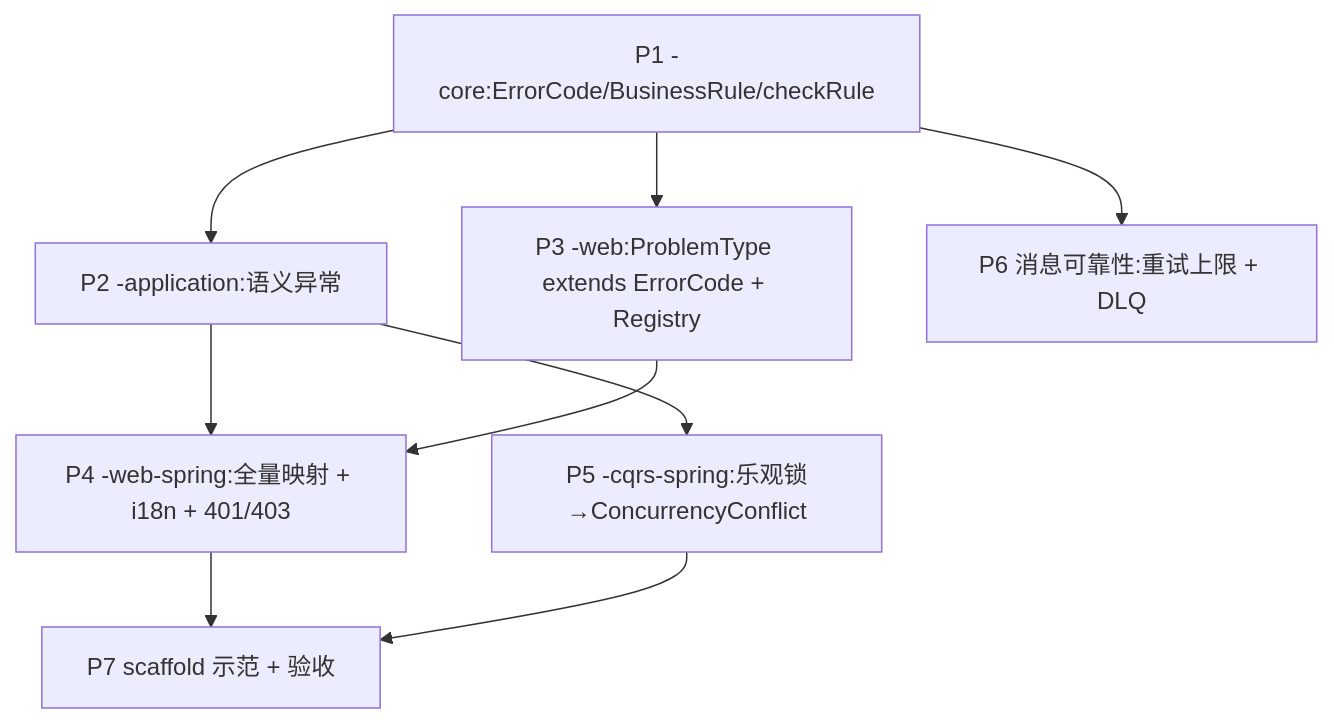
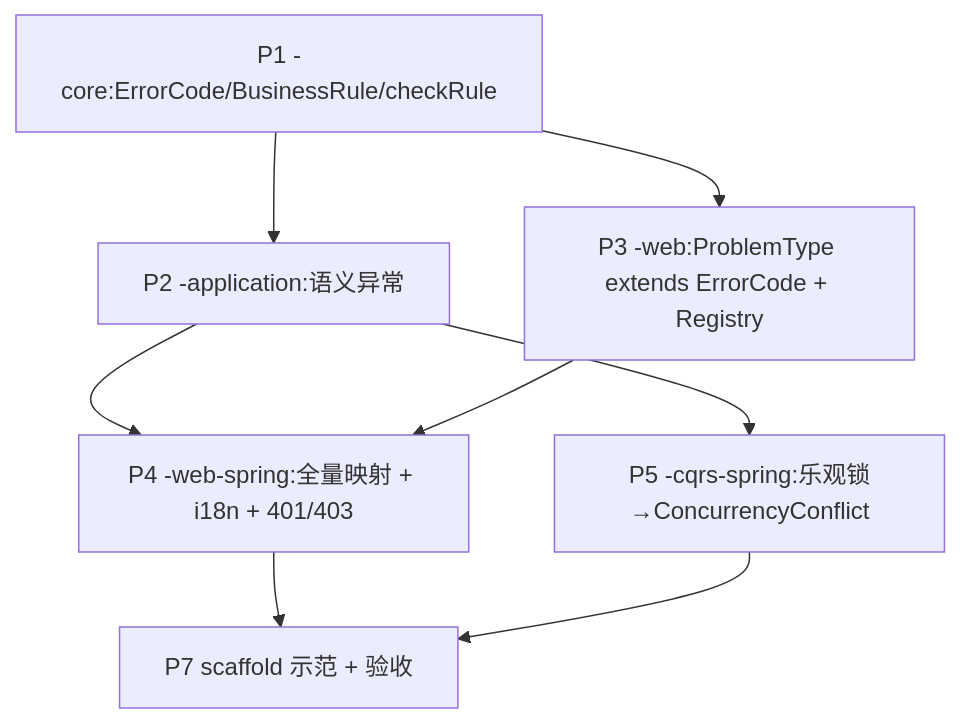
One commit to ryan-alexander-zhang/ai-native-project-template changed the diagram in docs/plan/plan-00002-exception-model-implementation.md. Above: the diagram before and after it, drawn with Mermaid. The commit also changed other lines of this file and 4 other files, not shown here.

````diff
--- a/docs/plan/plan-00002-exception-model-implementation.md
+++ b/docs/plan/plan-00002-exception-model-implementation.md
@@ -33,11 +33,10 @@
 ```mermaid
 flowchart TD
   P1["P1 -core:ErrorCode/BusinessRule/checkRule"] --> P2["P2 -application:语义异常"]
   P1 --> P3["P3 -web:ProblemType extends ErrorCode + Registry"]
   P2 --> P4["P4 -web-spring:全量映射 + i18n + 401/403"]
   P3 --> P4
   P2 --> P5["P5 -cqrs-spring:乐观锁→ConcurrencyConflict"]
-  P1 --> P6["P6 消息可靠性:重试上限 + DLQ"]
   P4 --> P7["P7 scaffold 示范 + 验收"]
   P5 --> P7
 ```
````
